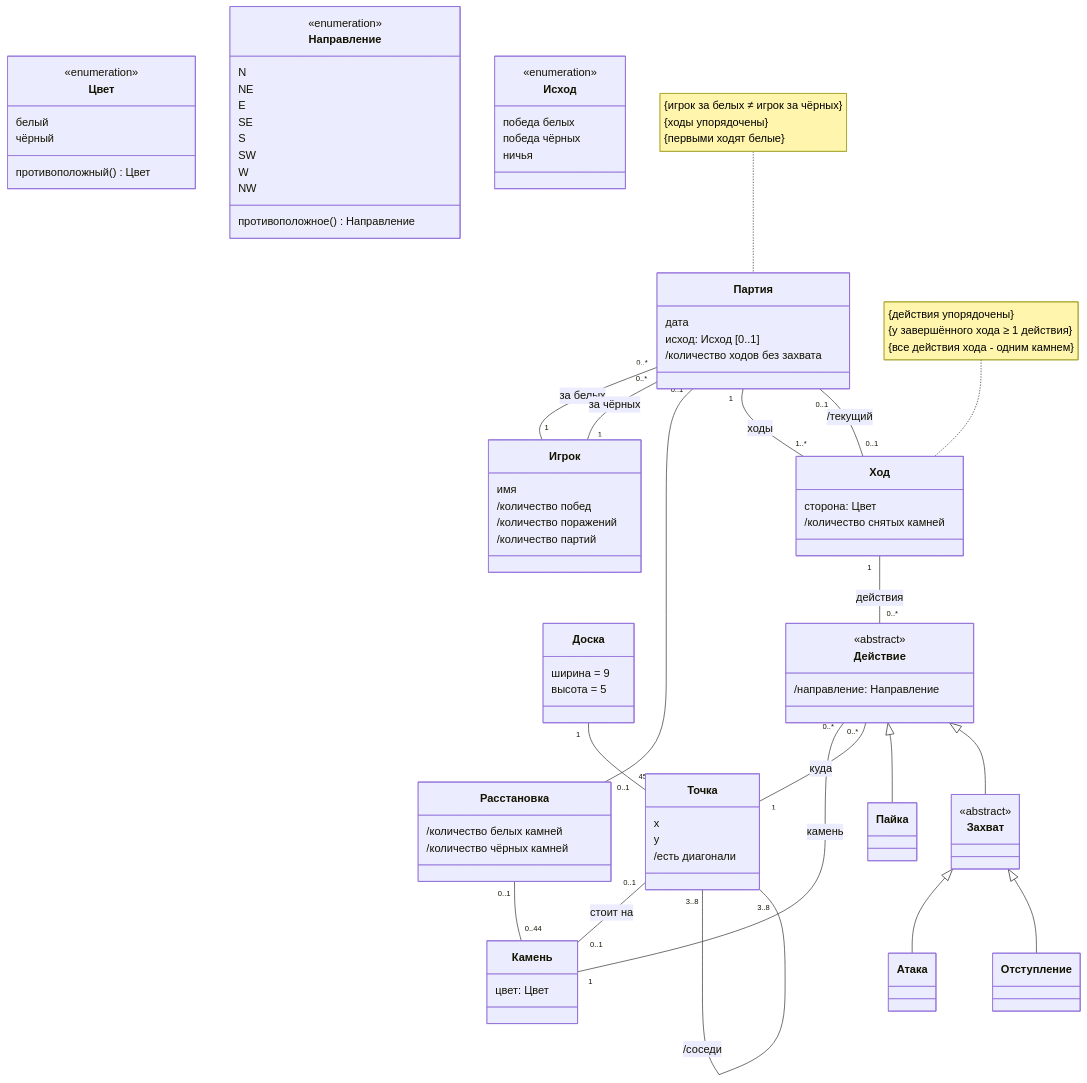
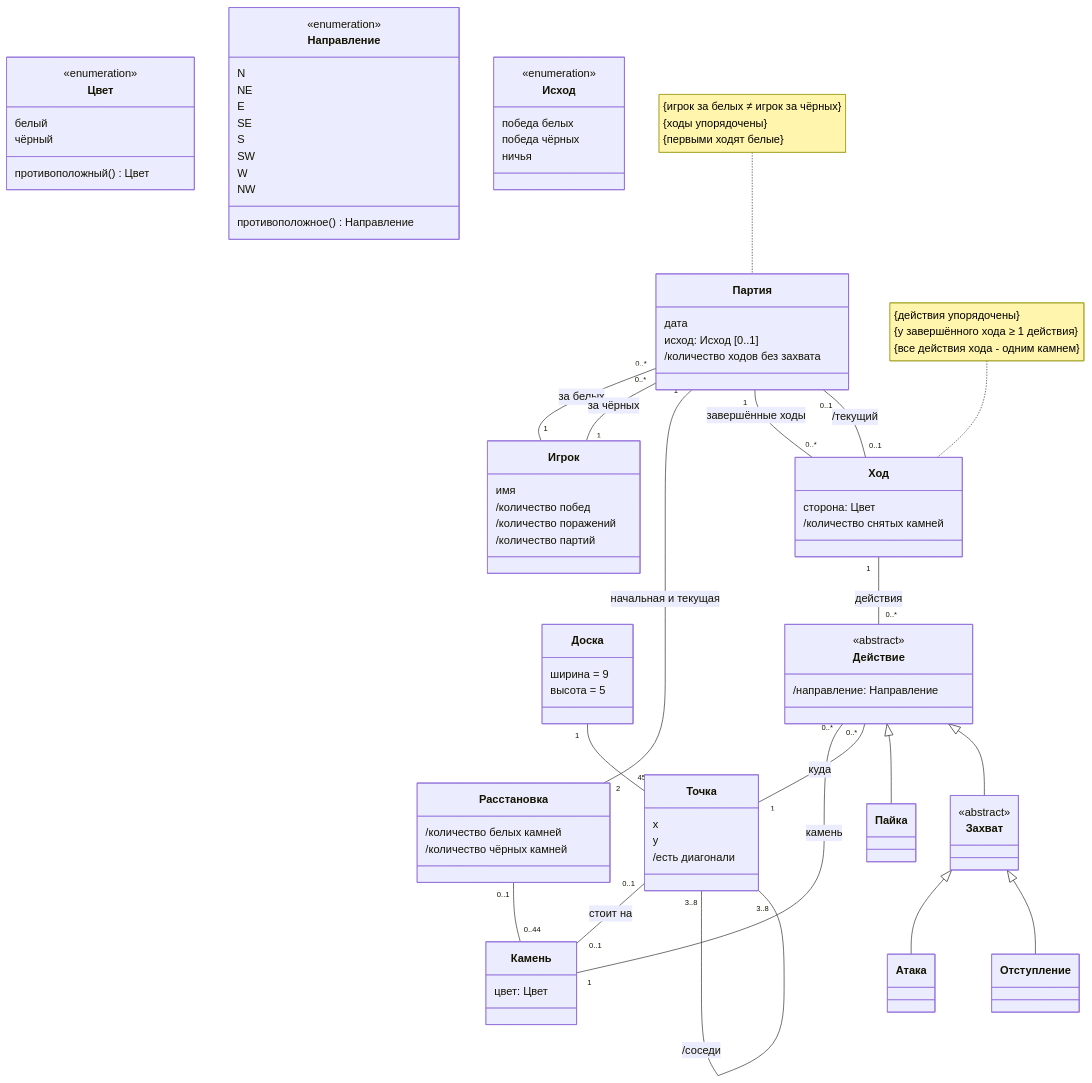
One commit to imaxde/fanorona-case changed the second of 3 diagrams in README.md. Above: the diagram before and after it, drawn with Mermaid. The commit also changed other lines of this file and 47 other files, not shown here.

```diff
--- a/README.md
+++ b/README.md
@@ -214,12 +217,12 @@
 
     Game "0..*" -- "1" Player : за белых
     Game "0..*" -- "1" Player : за чёрных
-    Game "0..1" -- "0..1" Arrangement
+    Game "1" -- "2" Arrangement : начальная и текущая
     Arrangement "0..1" -- "0..44" Stone
     Point "0..1" -- "0..1" Stone : стоит на
     Board "1" -- "45" Point
     Point "3..8" -- "3..8" Point : /соседи
-    Game "1" -- "1..*" Move : ходы
+    Game "1" -- "0..*" Move : завершённые ходы
     Game "0..1" -- "0..1" Move : /текущий
     Move "1" -- "0..*" Action : действия
     Action "0..*" -- "1" Stone : камень
```
